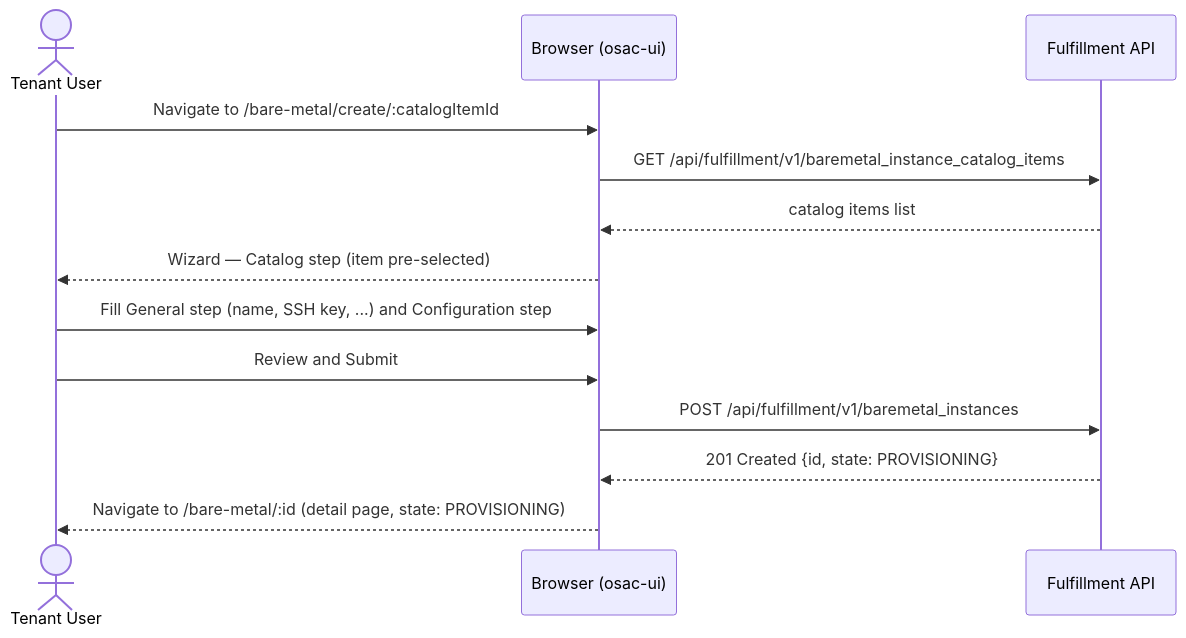
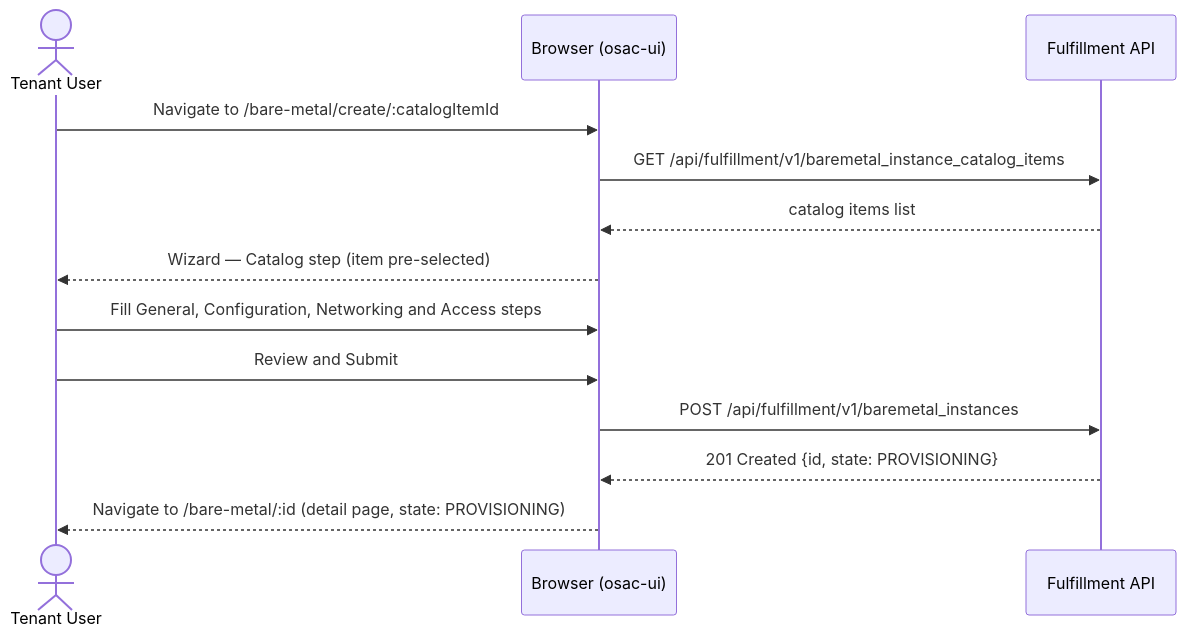
Before and after one commit to osac-project/enhancement-proposals: the diagram in enhancements/OSAC-1319-bare-metal-instance-ui/design.md, drawn with Mermaid. The commit also changed other lines of this file and 17 other files, not shown here.

````diff
--- a/enhancements/OSAC-1319-bare-metal-instance-ui/design.md
+++ b/enhancements/OSAC-1319-bare-metal-instance-ui/design.md
@@ -88,16 +96,16 @@
 ```mermaid
 sequenceDiagram
     actor TU as Tenant User
     participant UI as Browser (osac-ui)
     participant API as Fulfillment API
 
     TU->>UI: Navigate to /bare-metal/create/:catalogItemId
     UI->>API: GET /api/fulfillment/v1/baremetal_instance_catalog_items
     API-->>UI: catalog items list
     UI-->>TU: Wizard — Catalog step (item pre-selected)
-    TU->>UI: Fill General step (name, SSH key, ...) and Configuration step
+    TU->>UI: Fill General, Configuration, Networking and Access steps
     TU->>UI: Review and Submit
     UI->>API: POST /api/fulfillment/v1/baremetal_instances
     API-->>UI: 201 Created {id, state: PROVISIONING}
     UI-->>TU: Navigate to /bare-metal/:id (detail page, state: PROVISIONING)
 ```
````
